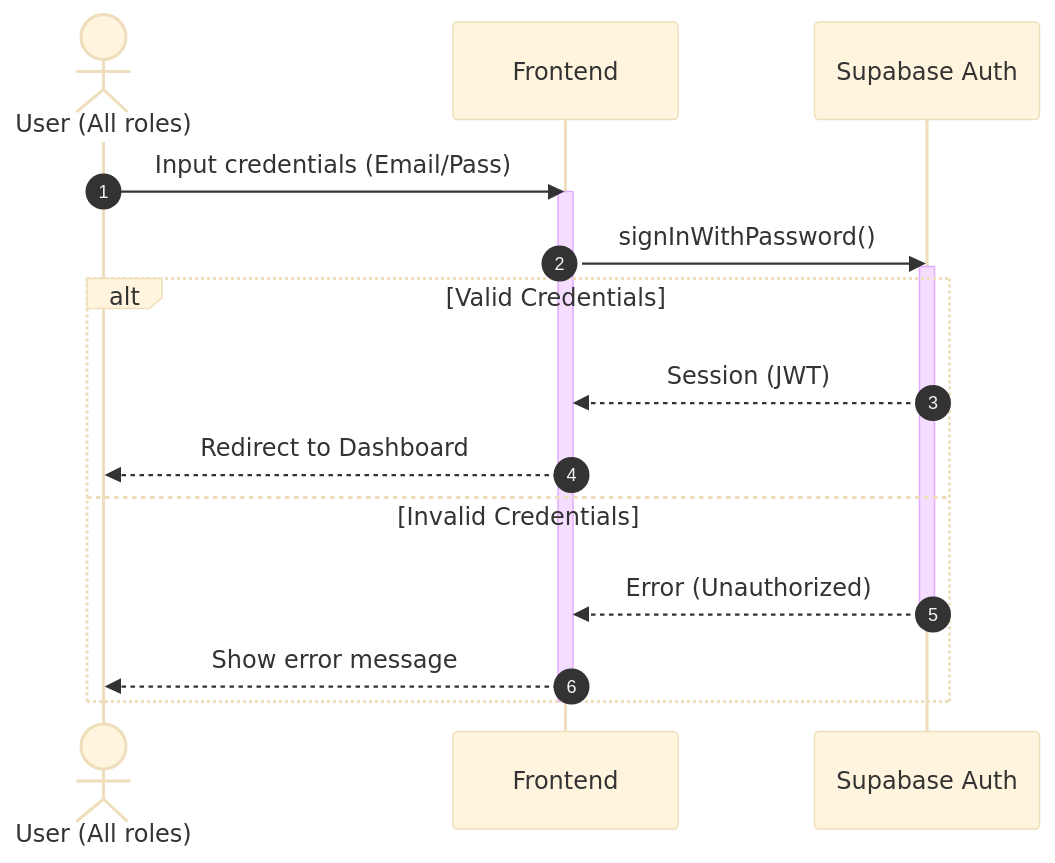
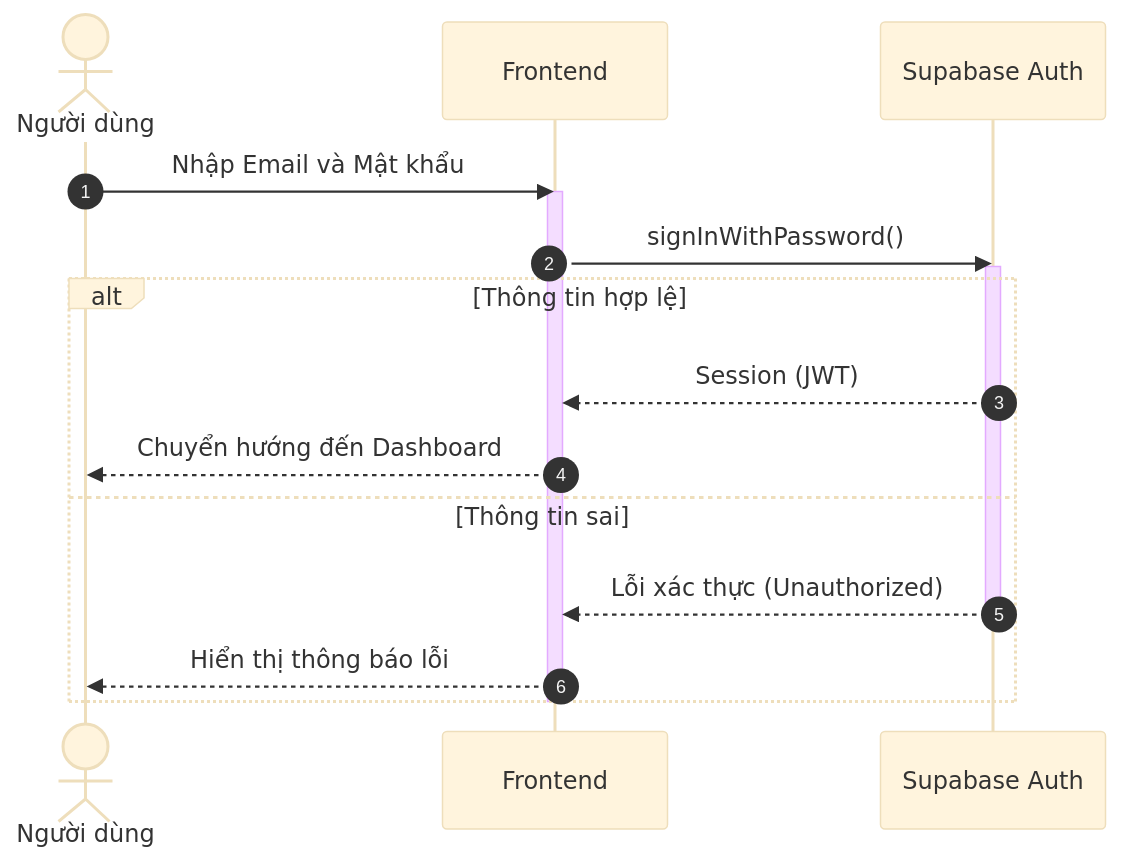
Before and after one commit to ngoctinn/Synapse: the second of 3 diagrams in docs/design/sequences_simplified/authentication.md, drawn with Mermaid (base theme). The commit also changed other lines of this file and 4 other files, not shown here.

Commit message:
docs: Add simplified sequence diagrams for authentication and various user flows.

````diff
--- a/docs/design/sequences_simplified/authentication.md
+++ b/docs/design/sequences_simplified/authentication.md
@@ -42,22 +42,22 @@
 ```mermaid
 sequenceDiagram
     autonumber
-    actor User as User (All roles)
+    actor User as Người dùng
     participant FE as Frontend
     participant Auth as Supabase Auth
 
-    User->>FE: Input credentials (Email/Pass)
+    User->>FE: Nhập Email và Mật khẩu
     activate FE
     FE->>Auth: signInWithPassword()
     activate Auth
 
-    alt Valid Credentials
+    alt Thông tin hợp lệ
         Auth-->>FE: Session (JWT)
-        FE-->>User: Redirect to Dashboard
-    else Invalid Credentials
-        Auth-->>FE: Error (Unauthorized)
+        FE-->>User: Chuyển hướng đến Dashboard
+    else Thông tin sai
+        Auth-->>FE: Lỗi xác thực (Unauthorized)
         deactivate Auth
-        FE-->>User: Show error message
+        FE-->>User: Hiển thị thông báo lỗi
     end
     deactivate FE
 ```
````
